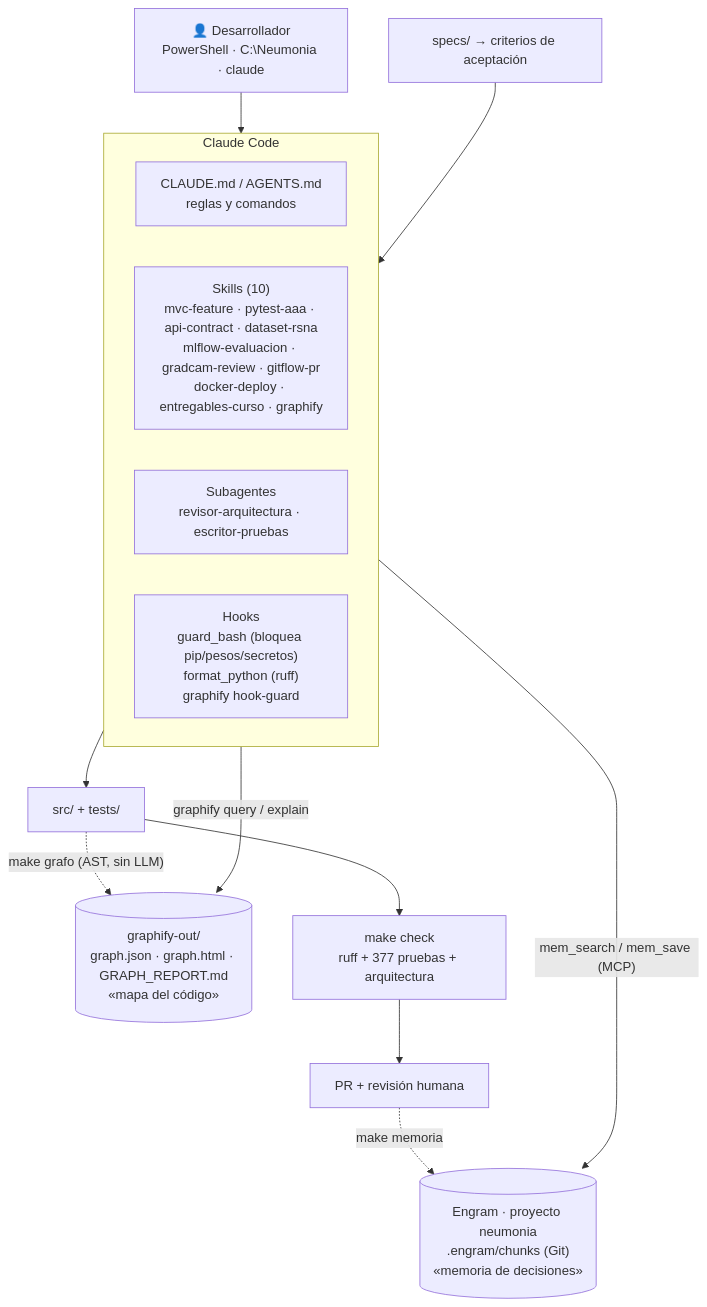
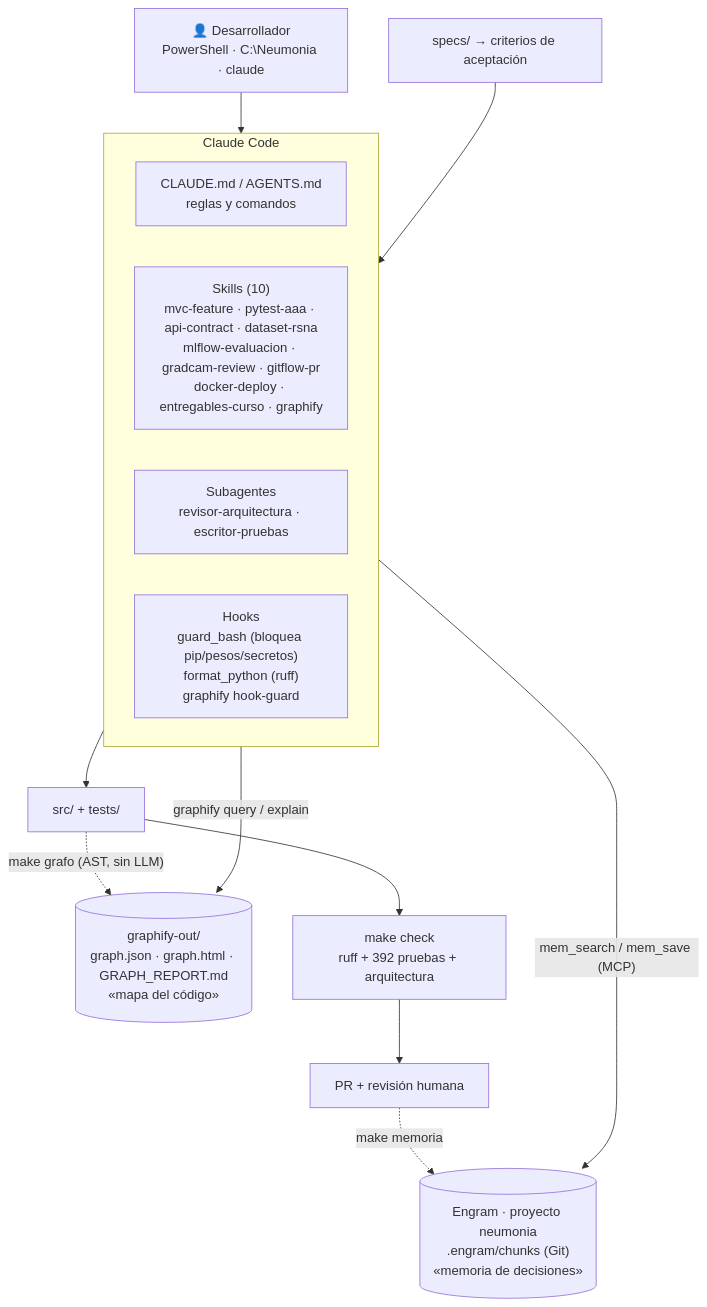
The diagram in docs/arquitectura/diagramas/11-flujo-agentico.mmd (JulianReneMunoz/Neumonia), drawn with Mermaid before and after one commit. The commit also changed 21 other files, not shown here.

```diff
--- a/docs/arquitectura/diagramas/11-flujo-agentico.mmd
+++ b/docs/arquitectura/diagramas/11-flujo-agentico.mmd
@@ -1,22 +1,22 @@
 %% Flujo de desarrollo con consola agéntica (Claude Code + graphify + engram)
 flowchart TB
   dev["👤 Desarrollador<br/>PowerShell · C:\Neumonia · claude"]
   subgraph CC["Claude Code"]
     mem["CLAUDE.md / AGENTS.md<br/>reglas y comandos"]
     sk["Skills (10)<br/>mvc-feature · pytest-aaa · api-contract · dataset-rsna<br/>mlflow-evaluacion · gradcam-review · gitflow-pr<br/>docker-deploy · entregables-curso · graphify"]
     ag["Subagentes<br/>revisor-arquitectura · escritor-pruebas"]
     hk["Hooks<br/>guard_bash (bloquea pip/pesos/secretos)<br/>format_python (ruff)<br/>graphify hook-guard"]
   end
   gr[("graphify-out/<br/>graph.json · graph.html · GRAPH_REPORT.md<br/>«mapa del código»")]
   en[("Engram · proyecto neumonia<br/>.engram/chunks (Git)<br/>«memoria de decisiones»")]
   sp["specs/ → criterios de aceptación"]
   code["src/ + tests/"]
-  gate["make check<br/>ruff + 377 pruebas + arquitectura"]
+  gate["make check<br/>ruff + 392 pruebas + arquitectura"]
   pr["PR + revisión humana"]
   dev --> CC
   CC -- "graphify query / explain" --> gr
   CC -- "mem_search / mem_save (MCP)" --> en
   sp --> CC
   CC --> code --> gate --> pr
   code -. "make grafo (AST, sin LLM)" .-> gr
   pr -. "make memoria" .-> en
```
